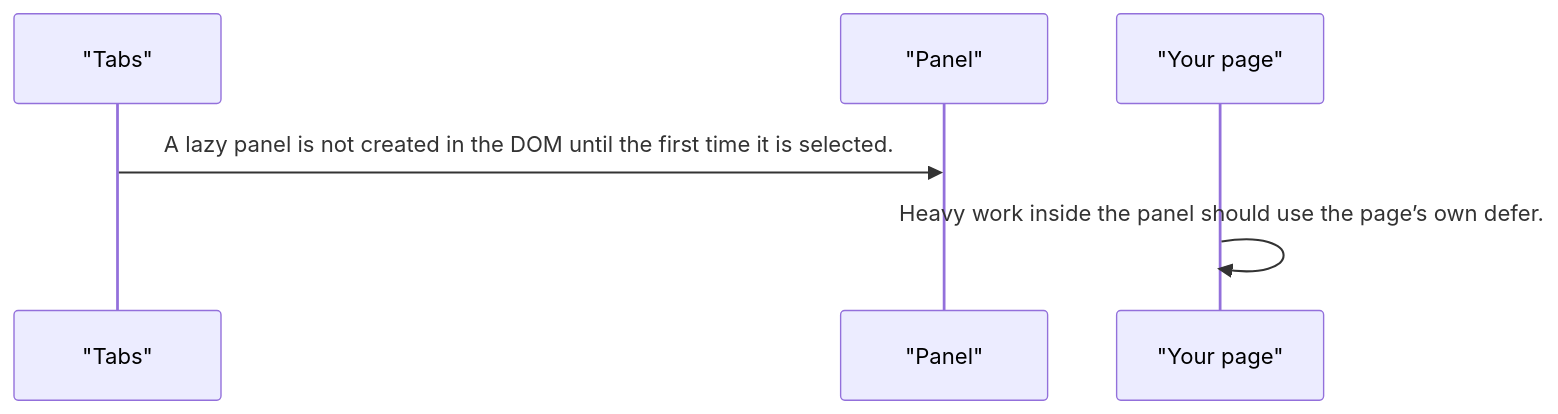
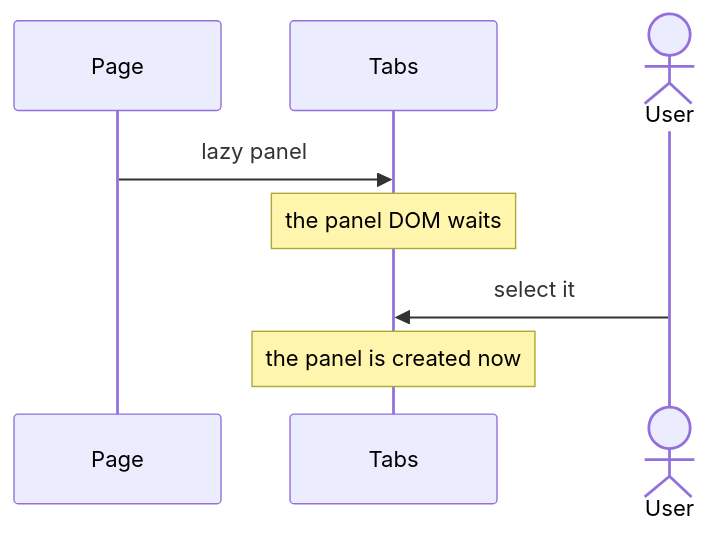
One commit to RajshekharBorate/pixel-ui changed the third of 5 diagrams in projects/pixel-ui/src/lib/pixel-tabs/DESIGN.md. Above: the diagram before and after it, drawn with Mermaid. The commit also changed other lines of this file and 73 other files, not shown here.

Commit message:
Explain who owns each value and what each flow does in every component and service design.

````diff
--- a/projects/pixel-ui/src/lib/pixel-tabs/DESIGN.md
+++ b/projects/pixel-ui/src/lib/pixel-tabs/DESIGN.md
@@ -74,8 +87,10 @@
 ```mermaid
 sequenceDiagram
-  participant tabs as "Tabs"
-  participant panel as "Panel"
-  participant page as "Your page"
-  tabs->>panel: A lazy panel is not created in the DOM until the first time it is selected.
-  page->>page: Heavy work inside the panel should use the page’s own defer.
+  participant Page
+  participant Tabs
+  Page->>Tabs: lazy panel
+  Note over Tabs: the panel DOM waits
+  actor User
+  User->>Tabs: select it
+  Note over Tabs: the panel is created now
 ```
````
